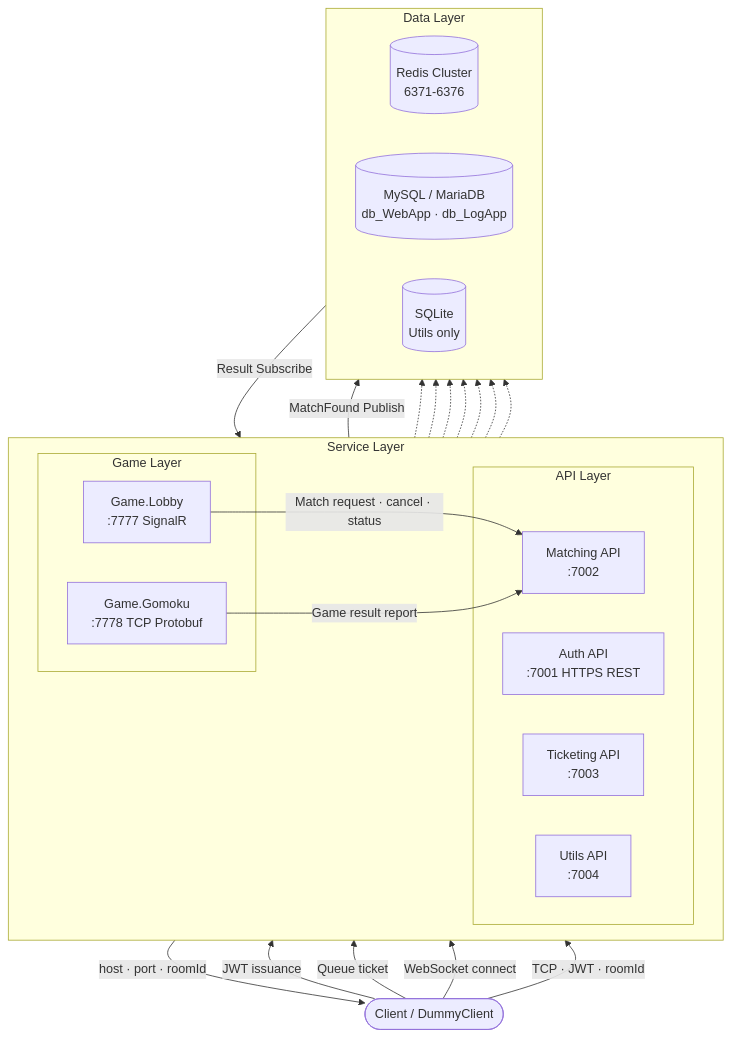
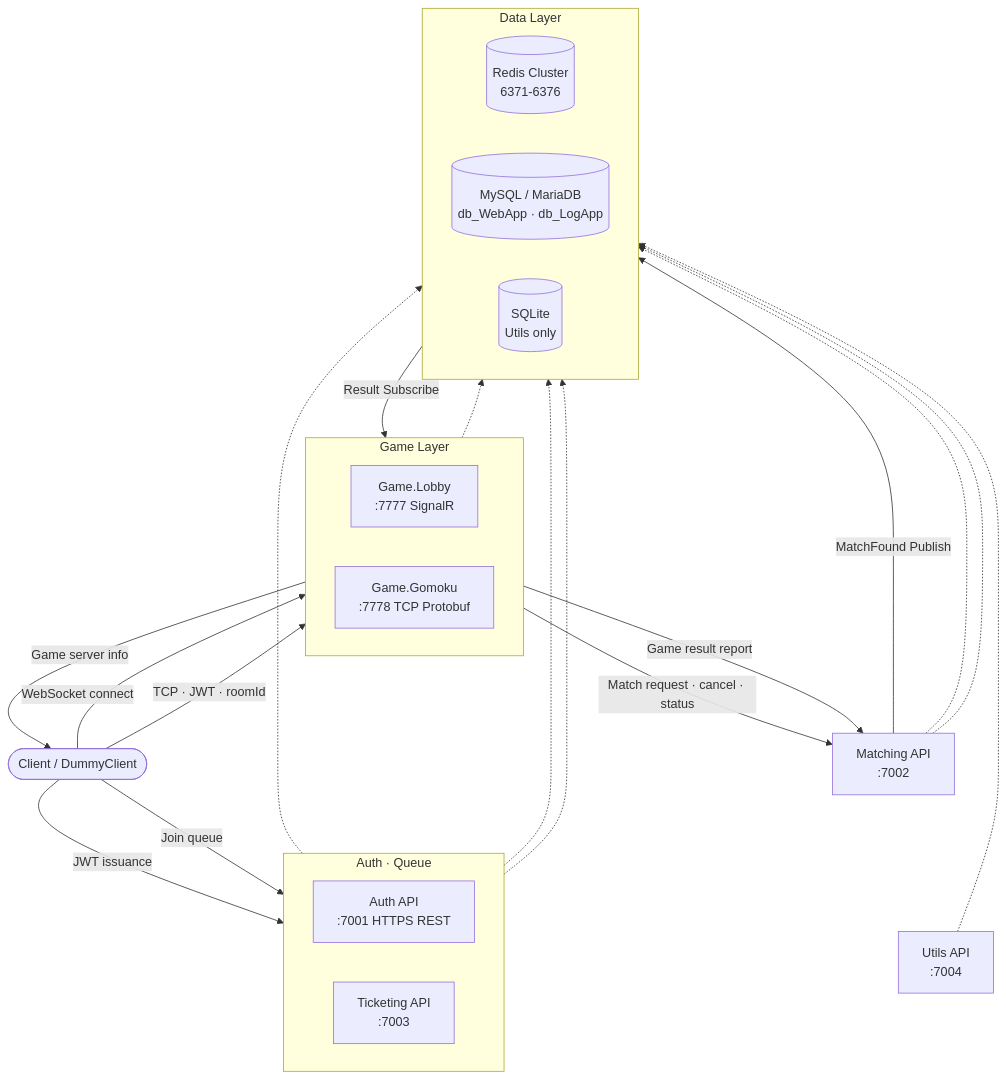
The first of 2 diagrams in README.en.md (rumdice/platformA), drawn with Mermaid before and after one commit. The commit also changed 1 other file, not shown here.

Commit message:
docs: 아키텍처 다이어그램 레이아웃 유저 흐름 기준으로 재배치
- 유저 흐름 순서로 상하 배치 (인증·대기열 → 게임 레이어 → 매칭 → 데이터)
- Auth/Ticket 그룹(인증·대기열)을 Lobby/Gomoku 위에 위치
- Lobby와 Gomoku를 같은 선상(direction LR)에 나란히 배치
- Matching API를 게임 레이어 아래 단독 노드로 분리
- Utils API를 Matching 아래에 배치 (비가시 엣지로 순서 강제)
- 비가시 엣지(~~~)로 아키텍처 오해 없이 레이아웃만 제어

````diff
--- a/README.en.md
+++ b/README.en.md
@@ -19,42 +19,45 @@
 ```mermaid
 flowchart TB
     Client(["Client / DummyClient"])
 
-    subgraph Svc["Service Layer"]
+    subgraph AuthQ["Auth · Queue"]
         direction LR
-        subgraph API["API Layer"]
-            Auth["Auth API\n:7001 HTTPS REST"]
-            Ticket["Ticketing API\n:7003"]
-            Match["Matching API\n:7002"]
-            Utils["Utils API\n:7004"]
-        end
-        subgraph Game["Game Layer"]
-            Lobby["Game.Lobby\n:7777 SignalR"]
-            Gomoku["Game.Gomoku\n:7778 TCP Protobuf"]
-        end
+        Auth["Auth API\n:7001 HTTPS REST"]
+        Ticket["Ticketing API\n:7003"]
     end
+
+    subgraph GameLayer["Game Layer"]
+        direction LR
+        Lobby["Game.Lobby\n:7777 SignalR"]
+        Gomoku["Game.Gomoku\n:7778 TCP Protobuf"]
+    end
+
+    Match["Matching API\n:7002"]
+    Utils["Utils API\n:7004"]
 
     subgraph Data["Data Layer"]
         direction LR
         Redis[("Redis Cluster\n6371-6376")]
         MySQL[("MySQL / MariaDB\ndb_WebApp · db_LogApp")]
         SQLite[("SQLite\nUtils only")]
     end
 
     Client -->|JWT issuance| Auth
-    Client -->|Queue ticket| Ticket
+    Client -->|Join queue| Ticket
+    Ticket ~~~ Lobby
     Client -->|WebSocket connect| Lobby
+    Lobby -->|Game server info| Client
     Client -->|TCP · JWT · roomId| Gomoku
 
     Lobby -->|Match request · cancel · status| Match
     Match -->|MatchFound Publish| Redis
     Redis -->|Result Subscribe| Lobby
-    Lobby -->|host · port · roomId| Client
     Gomoku -->|Game result report| Match
+    Match ~~~ Utils
 
     Auth -.-> Redis & MySQL
     Ticket -.-> Redis
     Match -.-> Redis & MySQL
     Gomoku -.-> Redis
     Utils -.-> SQLite
 ```
````
